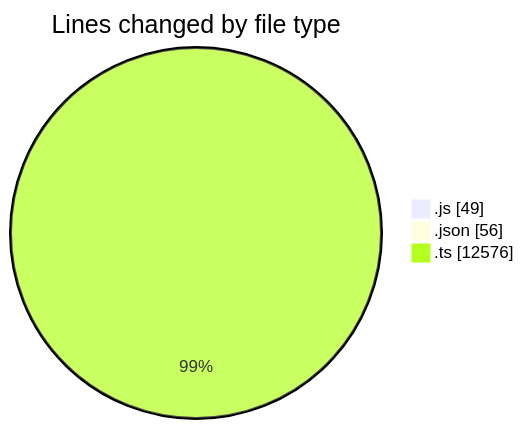
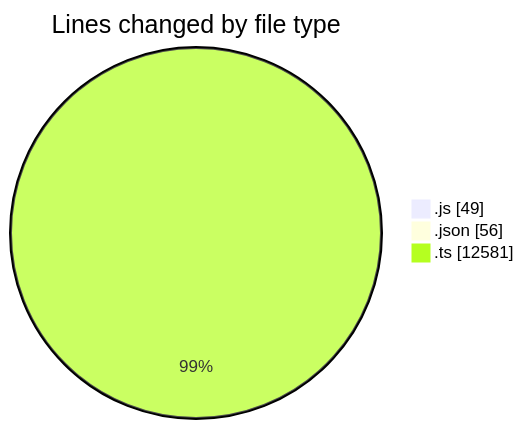
The first of 2 diagrams in 2025-09-04/cda/README.md (momahboobian/code-tracking), drawn with Mermaid before and after one commit. The commit also changed other lines of this file and 1 other file, not shown here.

````diff
--- a/2025-09-04/cda/README.md
+++ b/2025-09-04/cda/README.md
@@ -26,7 +26,7 @@
 ```mermaid
 pie showData
 title Lines changed by file type
 ".js" : 49
 ".json" : 56
-".ts" : 12576
+".ts" : 12581
 ```
````
